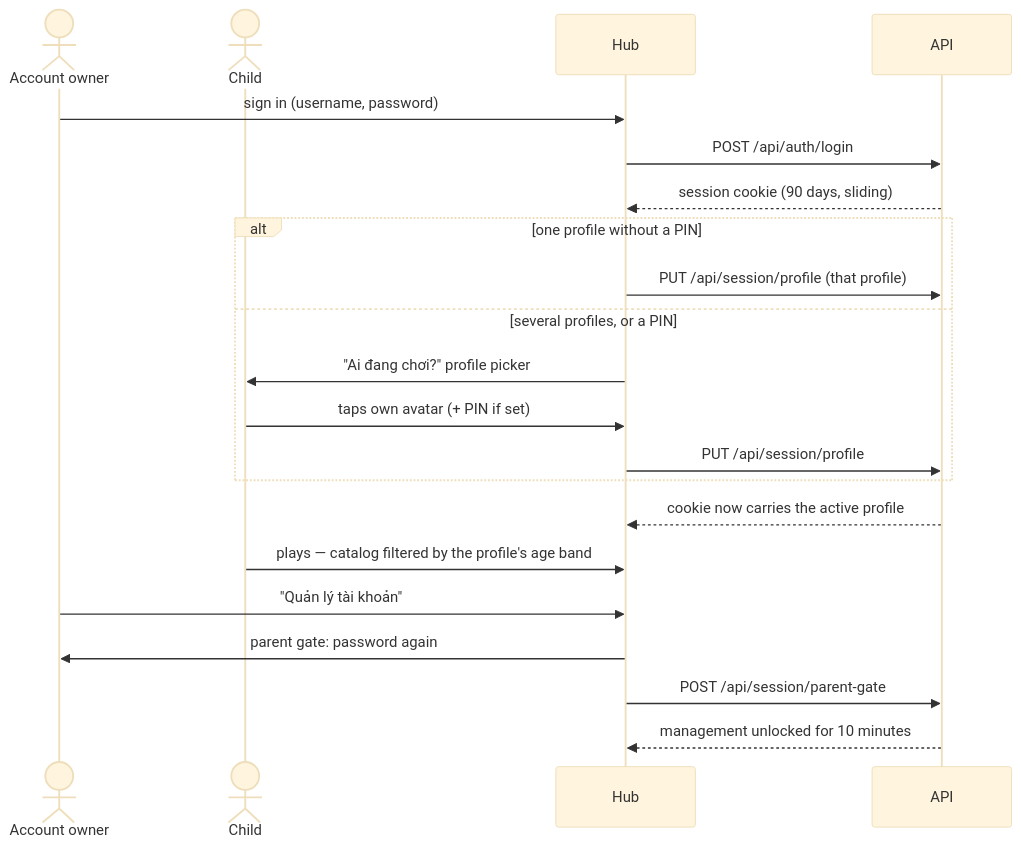
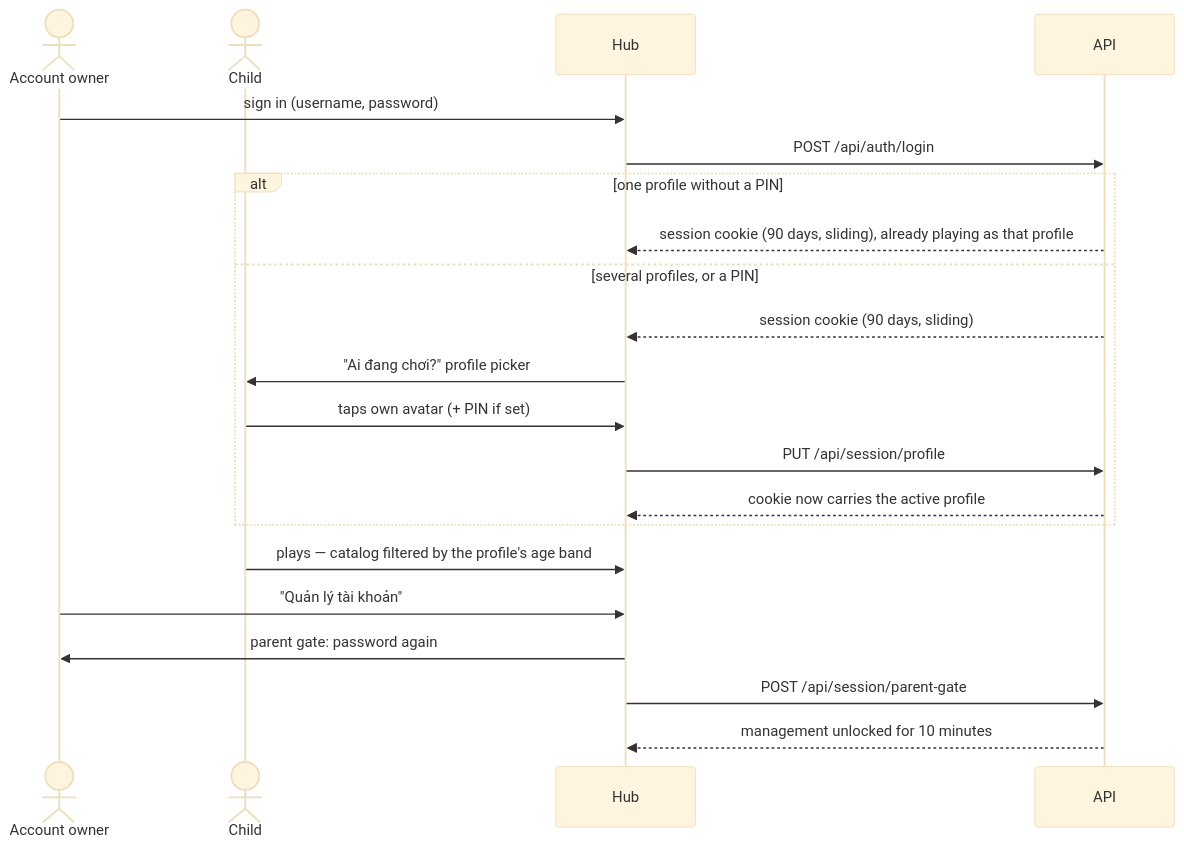
One commit to vinh466/tohe-play changed the second of 2 diagrams in docs/architecture/identity.md. Above: the diagram before and after it, drawn with Mermaid (base theme). The commit also changed other lines of this file and 6 other files, not shown here.

````diff
--- a/docs/architecture/identity.md
+++ b/docs/architecture/identity.md
@@ -53,24 +53,24 @@
 ```mermaid
 sequenceDiagram
   actor P as Account owner
   actor C as Child
   participant H as Hub
   participant API
 
   P->>H: sign in (username, password)
   H->>API: POST /api/auth/login
-  API-->>H: session cookie (90 days, sliding)
   alt one profile without a PIN
-    H->>API: PUT /api/session/profile (that profile)
+    API-->>H: session cookie (90 days, sliding), already playing as that profile
   else several profiles, or a PIN
+    API-->>H: session cookie (90 days, sliding)
     H->>C: "Ai đang chơi?" profile picker
     C->>H: taps own avatar (+ PIN if set)
     H->>API: PUT /api/session/profile
+    API-->>H: cookie now carries the active profile
   end
-  API-->>H: cookie now carries the active profile
   C->>H: plays — catalog filtered by the profile's age band
   P->>H: "Quản lý tài khoản"
   H->>P: parent gate: password again
   H->>API: POST /api/session/parent-gate
   API-->>H: management unlocked for 10 minutes
 ```
````
